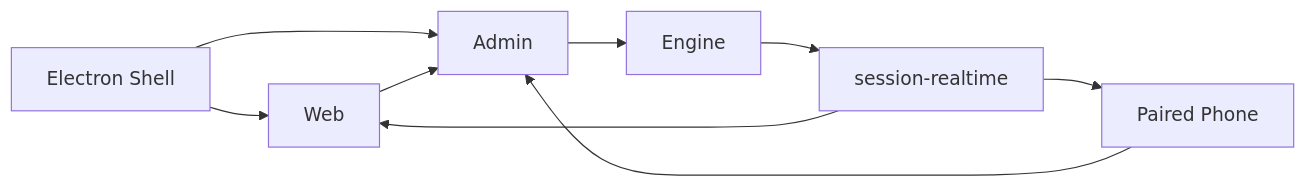
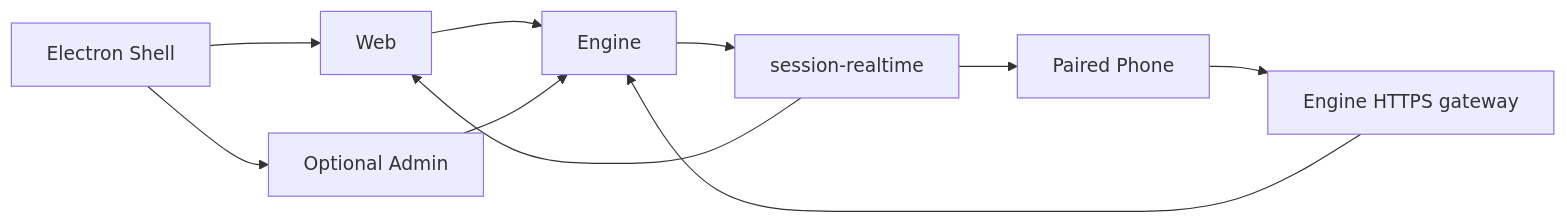
One commit to justForever17/v8-agent-os changed the diagram in docs/V8_AGENT_OS_DEVELOPER_GUIDE_ZH.md. Above: the diagram before and after it, drawn with Mermaid. The commit also changed other lines of this file and 95 other files, not shown here.

````diff
--- a/docs/V8_AGENT_OS_DEVELOPER_GUIDE_ZH.md
+++ b/docs/V8_AGENT_OS_DEVELOPER_GUIDE_ZH.md
@@ -54,11 +54,12 @@
 ```mermaid
 flowchart LR
   Shell["Electron Shell"] --> Web["Web"]
-  Shell --> Admin["Admin"]
-  Phone["Paired Phone"] --> Admin
-  Web --> Admin
-  Admin --> Engine["Engine"]
+  Shell --> Admin["Optional Admin"]
+  Phone["Paired Phone"] --> Gateway["Engine HTTPS gateway"]
+  Gateway --> Engine["Engine"]
+  Web --> Engine
+  Admin --> Engine
   Engine --> Contract["session-realtime"]
   Contract --> Web
   Contract --> Phone
 ```
````
